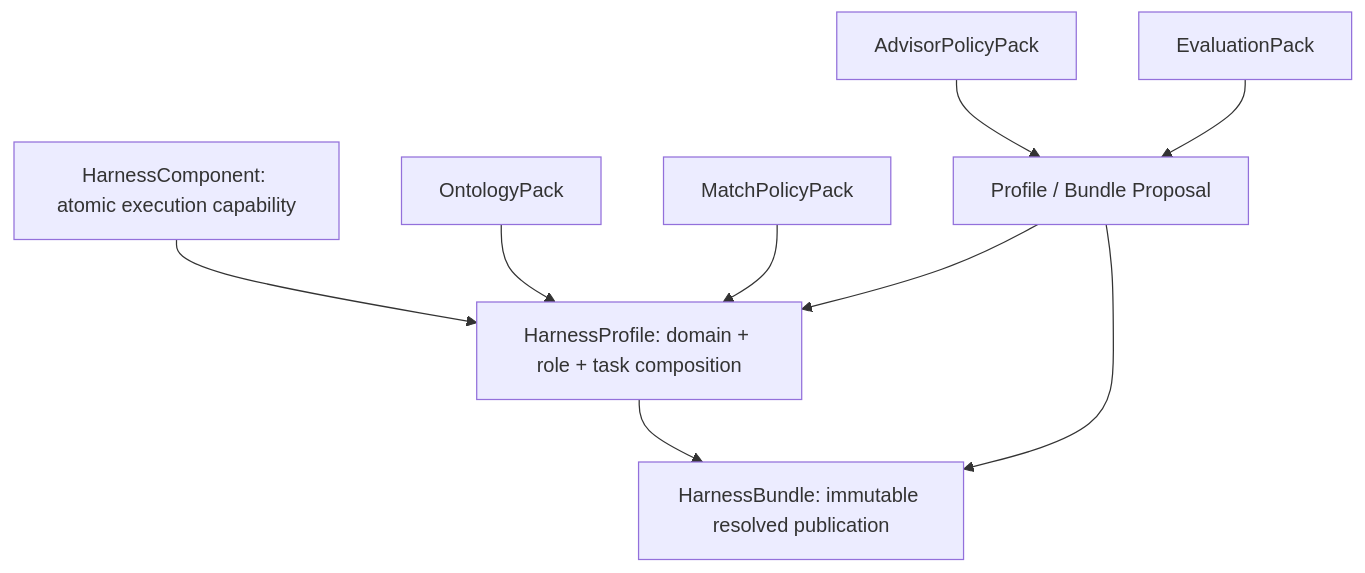
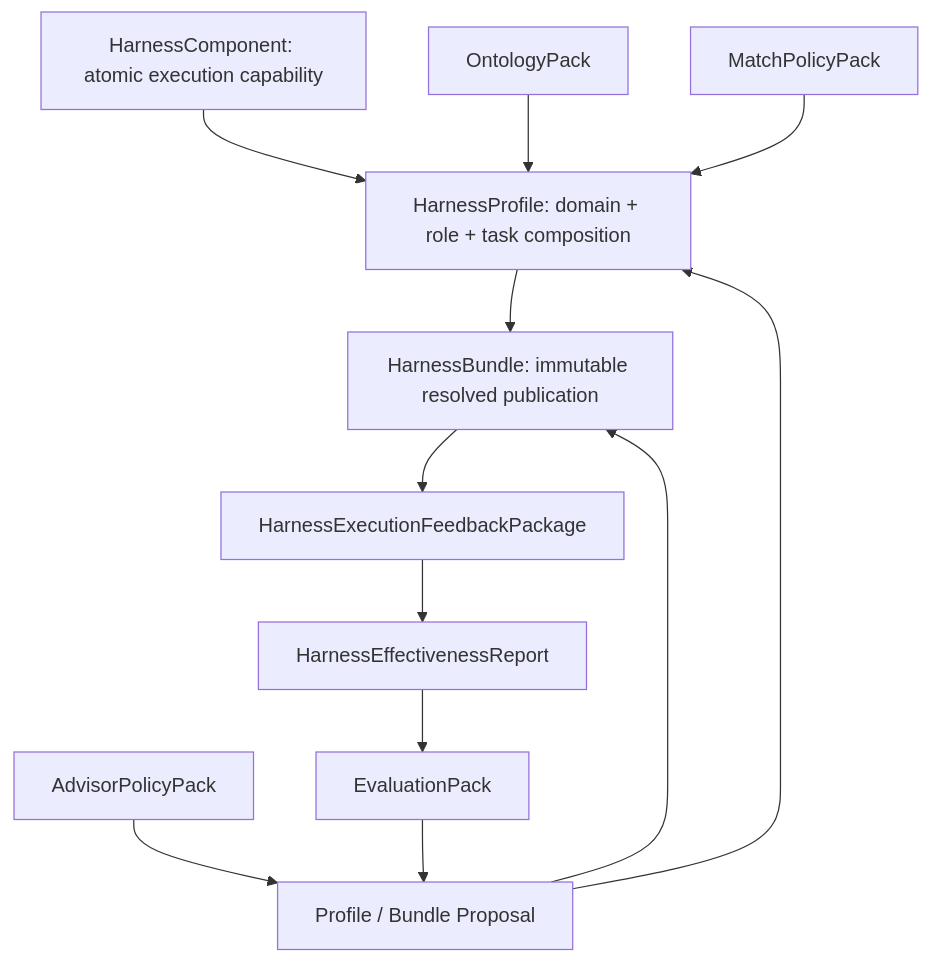
One commit to yeliang-wang/evopilot-harness changed the diagram in docs/architecture/v3-asset-model.md. Above: the diagram before and after it, drawn with Mermaid. The commit also changed other lines of this file and 49 other files, not shown here.

````diff
--- a/docs/architecture/v3-asset-model.md
+++ b/docs/architecture/v3-asset-model.md
@@ -5,11 +5,14 @@
 ```mermaid
 flowchart TD
   Component["HarnessComponent: atomic execution capability"] --> Profile["HarnessProfile: domain + role + task composition"]
   Profile --> Bundle["HarnessBundle: immutable resolved publication"]
   Ontology["OntologyPack"] --> Profile
   Matcher["MatchPolicyPack"] --> Profile
   Advisor["AdvisorPolicyPack"] --> Review["Profile / Bundle Proposal"]
   Evaluation["EvaluationPack"] --> Review
+  Feedback["HarnessExecutionFeedbackPackage"] --> Effect["HarnessEffectivenessReport"]
+  Bundle --> Feedback
+  Effect --> Evaluation
   Review --> Profile
   Review --> Bundle
 ```
````
